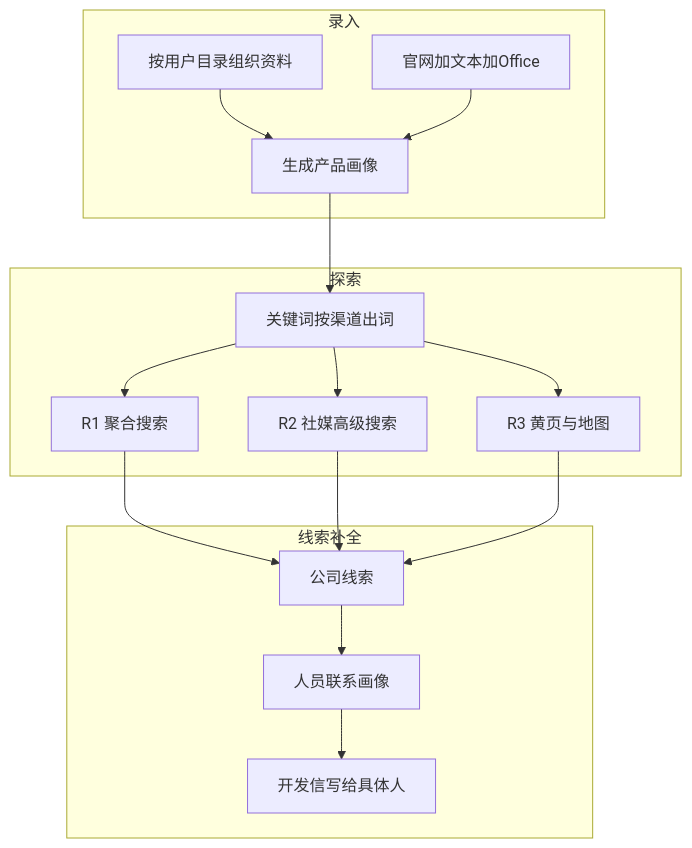
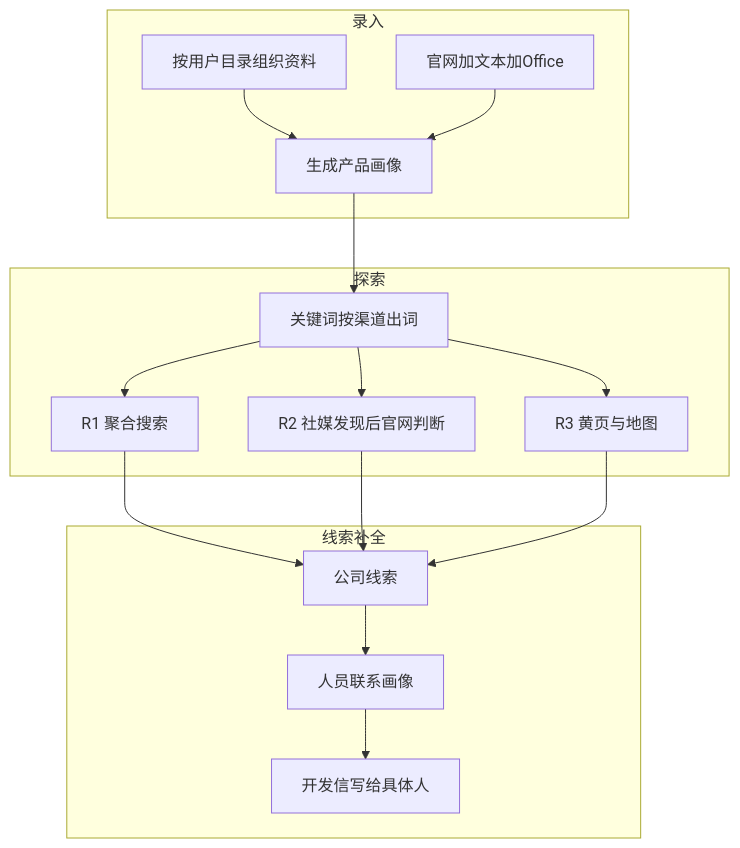
The first of 6 diagrams in docs/17-需求-业务效率工具.md (Pedro-MAFS/ftcs), drawn with Mermaid before and after one commit. The commit also changed other lines of this file and 25 other files, not shown here.

````diff
--- a/docs/17-需求-业务效率工具.md
+++ b/docs/17-需求-业务效率工具.md
@@ -40,30 +40,30 @@
 ```mermaid
 flowchart TB
   subgraph inputLine [录入]
     Tree[按用户目录组织资料]
     Files[官网加文本加Office]
     Profile[生成产品画像]
     Tree --> Profile
     Files --> Profile
   end
   subgraph exploreLine [探索]
     KW[关键词按渠道出词]
     R1[R1 聚合搜索]
-    R2[R2 社媒高级搜索]
+    R2[R2 社媒发现后官网判断]
     R3[R3 黄页与地图]
     KW --> R1
     KW --> R2
     KW --> R3
   end
   subgraph enrichLine [线索补全]
     Company[公司线索]
     People[人员联系画像]
     Mail[开发信写给具体人]
     Company --> People
     People --> Mail
   end
   Profile --> KW
   R1 --> Company
   R2 --> Company
   R3 --> Company
 ```
````
